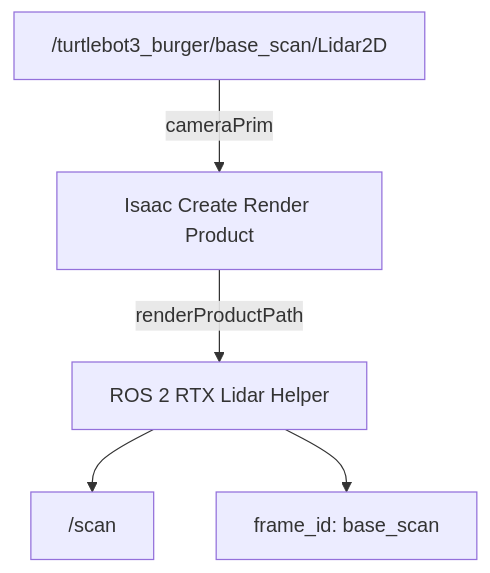
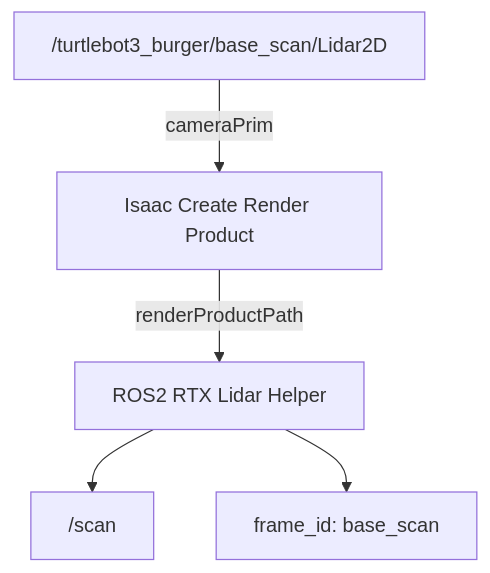
The ninth of 14 diagrams in _teaching/Robotics-Systems-I/labs/lab-03-isaac-sim/index.md (Tatwik19/Tatwik19.github.io), drawn with Mermaid before and after one commit. The commit also changed other lines of this file, not shown here.

````diff
--- a/_teaching/Robotics-Systems-I/labs/lab-03-isaac-sim/index.md
+++ b/_teaching/Robotics-Systems-I/labs/lab-03-isaac-sim/index.md
@@ -1795,13 +1815,13 @@
 ```mermaid
 flowchart TD
     Sensor["/turtlebot3_burger/base_scan/Lidar2D"]
     Product["Isaac Create Render Product"]
-    Helper["ROS 2 RTX Lidar Helper"]
+    Helper["ROS2 RTX Lidar Helper"]
     Topic["/scan"]
     Frame["frame_id: base_scan"]
 
     Sensor -->|"cameraPrim"| Product
     Product -->|"renderProductPath"| Helper
     Helper --> Topic
     Helper --> Frame
 ```
````
